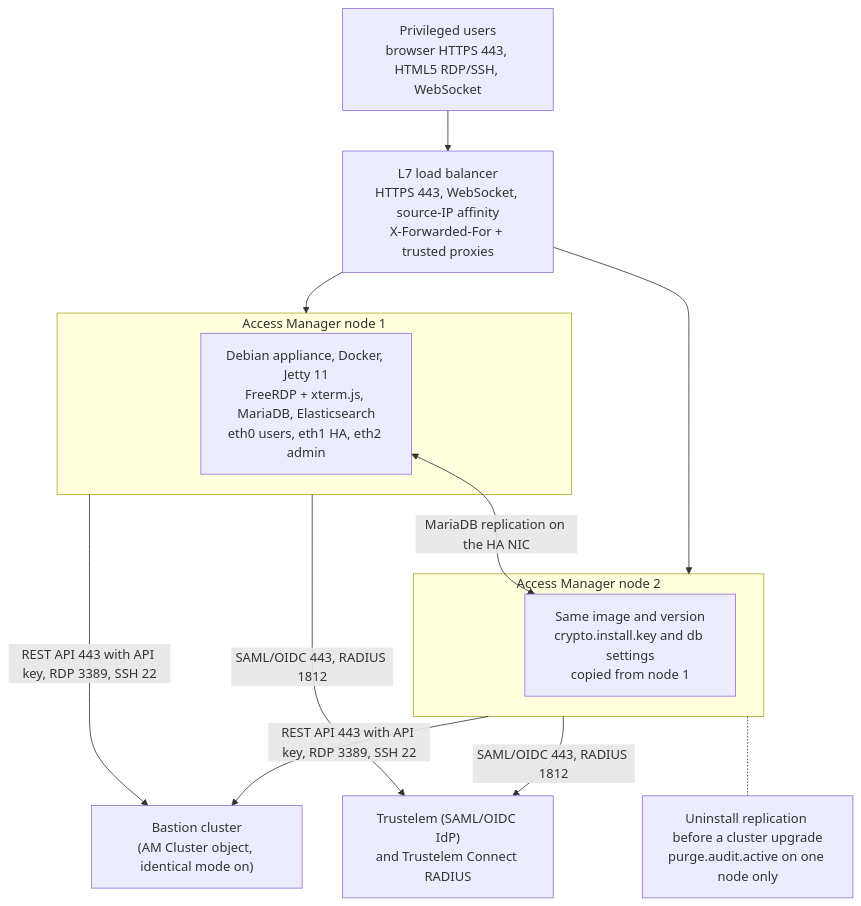
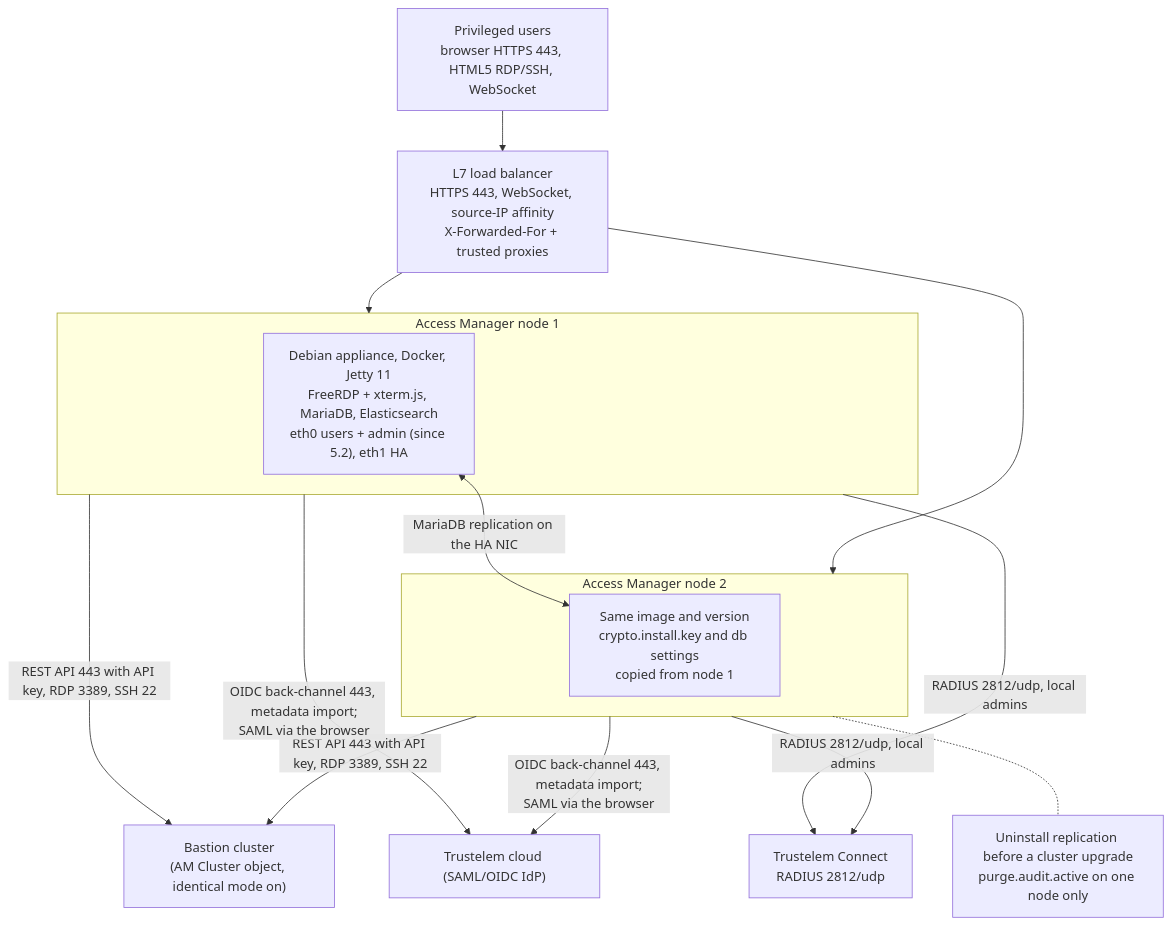
Before and after one commit to morandeirachema/Trustelem-: the sixth of 7 diagrams in docs/trustelem-bastion-access-manager-architecture.md, drawn with Mermaid. The commit also changed other lines of this file and 19 other files, not shown here.

Commit message:
Audit pass 2: diagrams synced with text, AM RADIUS listener 2812, Authentication domain name rule, gap B7

````diff
--- a/docs/trustelem-bastion-access-manager-architecture.md
+++ b/docs/trustelem-bastion-access-manager-architecture.md
@@ -544,23 +556,24 @@
 ```mermaid
 flowchart TB
     USERS["Privileged users<br/>browser HTTPS 443, HTML5 RDP/SSH, WebSocket"]
     LB["L7 load balancer<br/>HTTPS 443, WebSocket, source-IP affinity<br/>X-Forwarded-For + trusted proxies"]
     subgraph AM1["Access Manager node 1"]
-        AM1A["Debian appliance, Docker, Jetty 11<br/>FreeRDP + xterm.js, MariaDB, Elasticsearch<br/>eth0 users, eth1 HA, eth2 admin"]
+        AM1A["Debian appliance, Docker, Jetty 11<br/>FreeRDP + xterm.js, MariaDB, Elasticsearch<br/>eth0 users + admin (since 5.2), eth1 HA"]
     end
     subgraph AM2["Access Manager node 2"]
         AM2A["Same image and version<br/>crypto.install.key and db settings<br/>copied from node 1"]
     end
     BC["Bastion cluster<br/>(AM Cluster object, identical mode on)"]
-    TR["Trustelem (SAML/OIDC IdP)<br/>and Trustelem Connect RADIUS"]
+    TR["Trustelem cloud (SAML/OIDC IdP)"]
+    TC["Trustelem Connect<br/>RADIUS 2812/udp"]
     USERS --> LB
     LB --> AM1
     LB --> AM2
     AM1A <-->|MariaDB replication on the HA NIC| AM2A
     AM1 -->|REST API 443 with API key, RDP 3389, SSH 22| BC
     AM2 -->|REST API 443 with API key, RDP 3389, SSH 22| BC
-    AM1 -->|SAML/OIDC 443, RADIUS 1812| TR
-    AM2 -->|SAML/OIDC 443, RADIUS 1812| TR
+    AM1 & AM2 -->|OIDC back-channel 443, metadata import;<br/>SAML via the browser| TR
+    AM1 & AM2 -->|RADIUS 2812/udp, local admins| TC
     NOTE["Uninstall replication before a cluster upgrade<br/>purge.audit.active on one node only"]
     AM2 -.- NOTE
 ```
````
